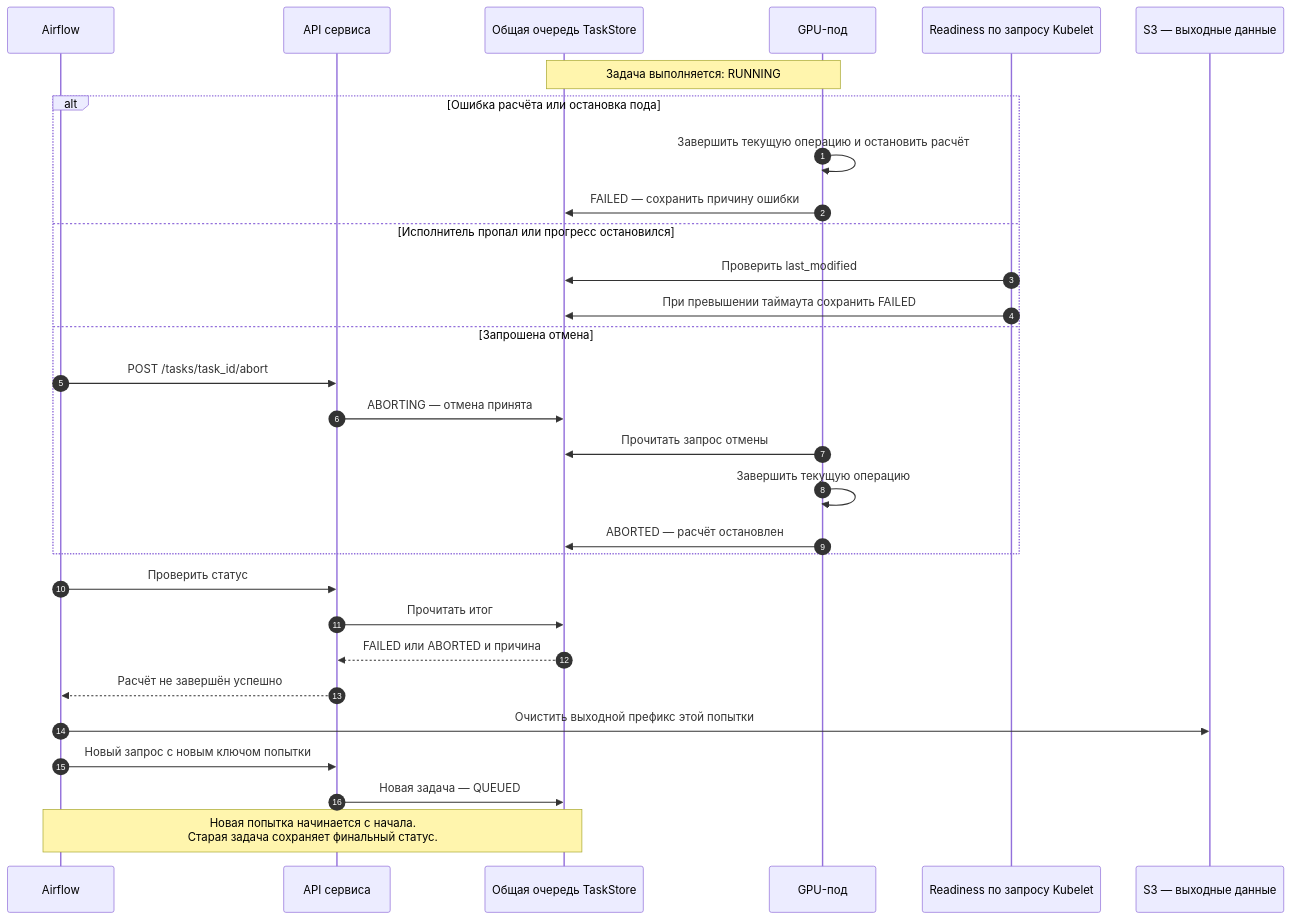
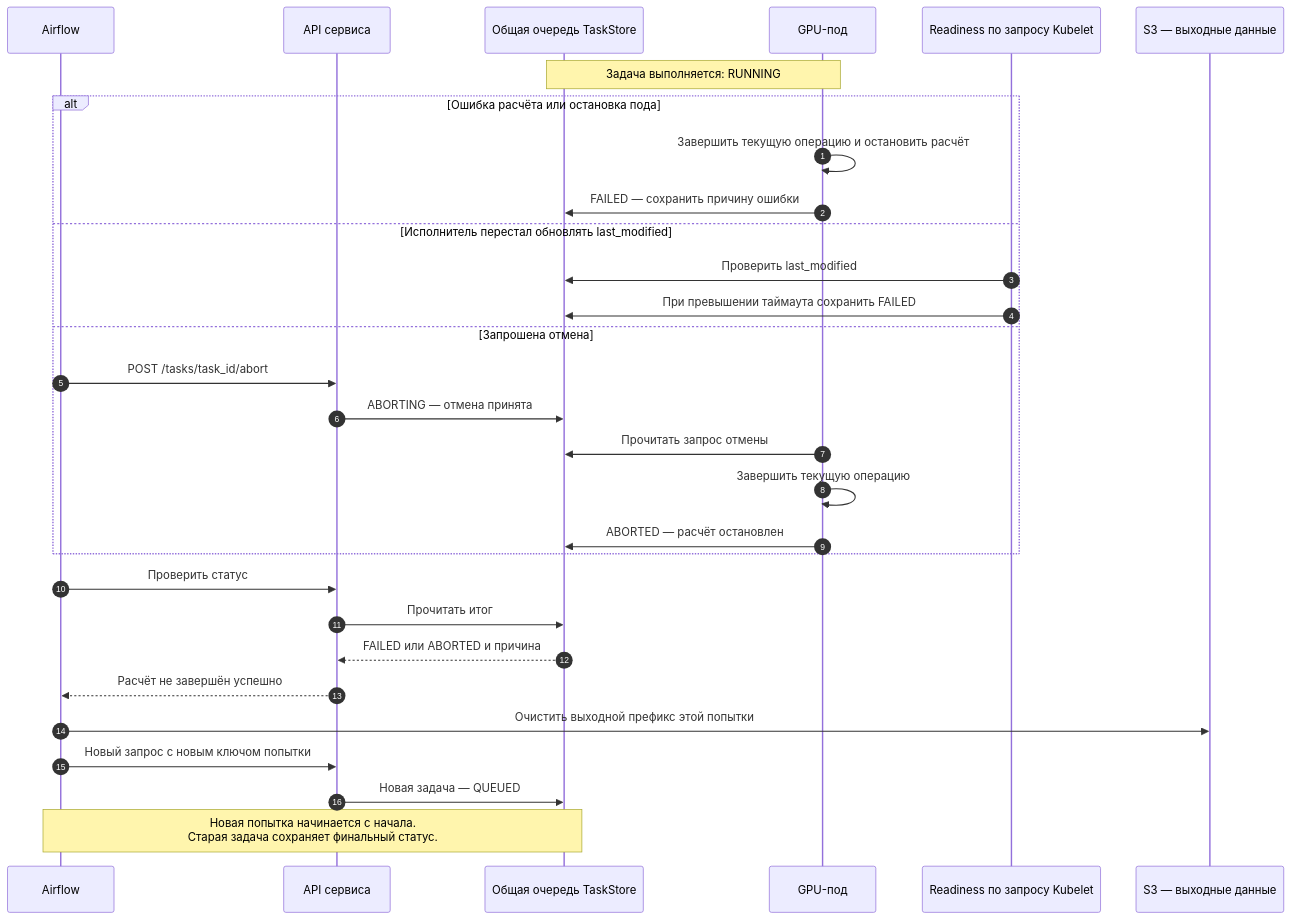
Before and after one commit to blm47/fmcd_models_inference_service: the third of 4 diagrams in docs/inference-architecture.md, drawn with Mermaid. The commit also changed other lines of this file and 44 other files, not shown here.

````diff
--- a/docs/inference-architecture.md
+++ b/docs/inference-architecture.md
@@ -137,34 +137,34 @@
 ```mermaid
 sequenceDiagram
     autonumber
     participant A as Airflow
     participant API as API сервиса
     participant Q as Общая очередь TaskStore
     participant W as GPU-под
     participant M as Readiness по запросу Kubelet
     participant S as S3 — выходные данные
 
     Note over Q,W: Задача выполняется: RUNNING
     alt Ошибка расчёта или остановка пода
         W->>W: Завершить текущую операцию и остановить расчёт
         W->>Q: FAILED — сохранить причину ошибки
-    else Исполнитель пропал или прогресс остановился
+    else Исполнитель перестал обновлять last_modified
         M->>Q: Проверить last_modified
         M->>Q: При превышении таймаута сохранить FAILED
     else Запрошена отмена
         A->>API: POST /tasks/task_id/abort
         API->>Q: ABORTING — отмена принята
         W->>Q: Прочитать запрос отмены
         W->>W: Завершить текущую операцию
         W->>Q: ABORTED — расчёт остановлен
     end
 
     A->>API: Проверить статус
     API->>Q: Прочитать итог
     Q-->>API: FAILED или ABORTED и причина
     API-->>A: Расчёт не завершён успешно
     A->>S: Очистить выходной префикс этой попытки
     A->>API: Новый запрос с новым ключом попытки
     API->>Q: Новая задача — QUEUED
     Note over A,Q: Новая попытка начинается с начала.<br/>Старая задача сохраняет финальный статус.
 ```
````
